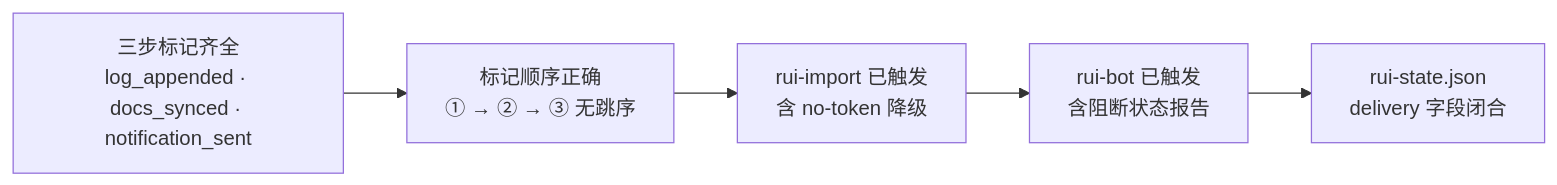
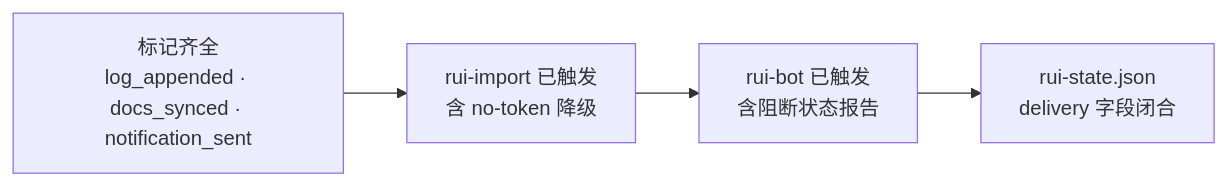
One commit to effiy/YrY changed the sixth of 6 diagrams in rules/delivery-gate.md. Above: the diagram before and after it, drawn with Mermaid. The commit also changed other lines of this file and 37 other files, not shown here.

````diff
--- a/rules/delivery-gate.md
+++ b/rules/delivery-gate.md
@@ -221,8 +180,7 @@
 ```mermaid
 flowchart LR
-    S1["三步标记齐全<br/>log_appended · docs_synced · notification_sent"]:::sig --> S2["标记顺序正确<br/>① → ② → ③ 无跳序"]:::sig
-    S2 --> S3["rui-import 已触发<br/>含 no-token 降级"]:::sig
-    S3 --> S4["rui-bot 已触发<br/>含阻断状态报告"]:::sig
-    S4 --> S5["rui-state.json<br/>delivery 字段闭合"]:::sig
+    S1["标记齐全<br/>log_appended · docs_synced · notification_sent"]:::sig --> S2["rui-import 已触发<br/>含 no-token 降级"]:::sig
+    S2 --> S3["rui-bot 已触发<br/>含阻断状态报告"]:::sig
+    S3 --> S4["rui-state.json<br/>delivery 字段闭合"]:::sig
 
 ```
````
